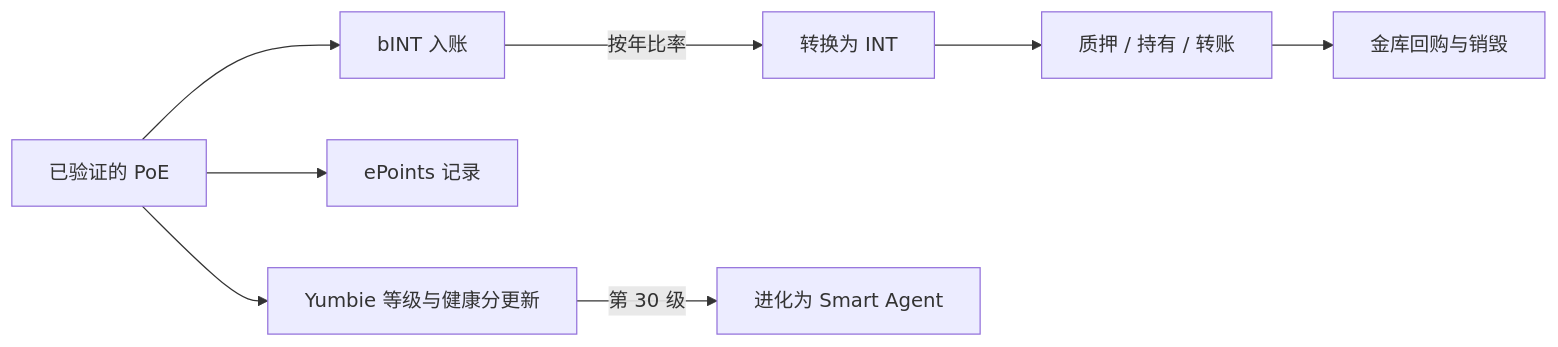
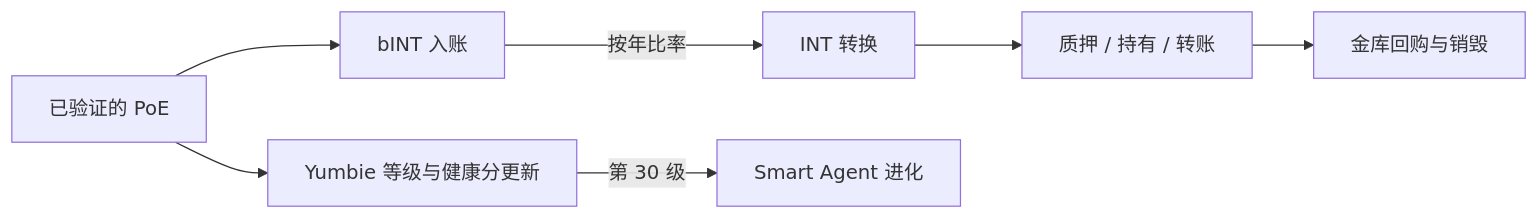
The third of 3 diagrams in content/whitepaper/zh/contribution-economy-and-token-design.md (Yumo-Yumo-Inc/yumoyumohq), drawn with Mermaid before and after one commit. The commit also changed other lines of this file and 1048 other files, not shown here.

````diff
--- a/content/whitepaper/zh/contribution-economy-and-token-design.md
+++ b/content/whitepaper/zh/contribution-economy-and-token-design.md
@@ -102,10 +101,9 @@
 ```mermaid
 flowchart LR
     A[已验证的 PoE] --> B[bINT 入账]
-    A --> C[ePoints 记录]
-    A --> D[Yumbie 等级与健康分更新]
-    B -->|按年比率| E[转换为 INT]
-    E --> F[质押 / 持有 / 转账]
-    D -->|第 30 级| G[进化为 Smart Agent]
-    F --> H[金库回购与销毁]
+    A --> C[Yumbie 等级与健康分更新]
+    B -->|按年比率| D[INT 转换]
+    D --> E[质押 / 持有 / 转账]
+    C -->|第 30 级| F[Smart Agent 进化]
+    E --> G[金库回购与销毁]
 ```
````
